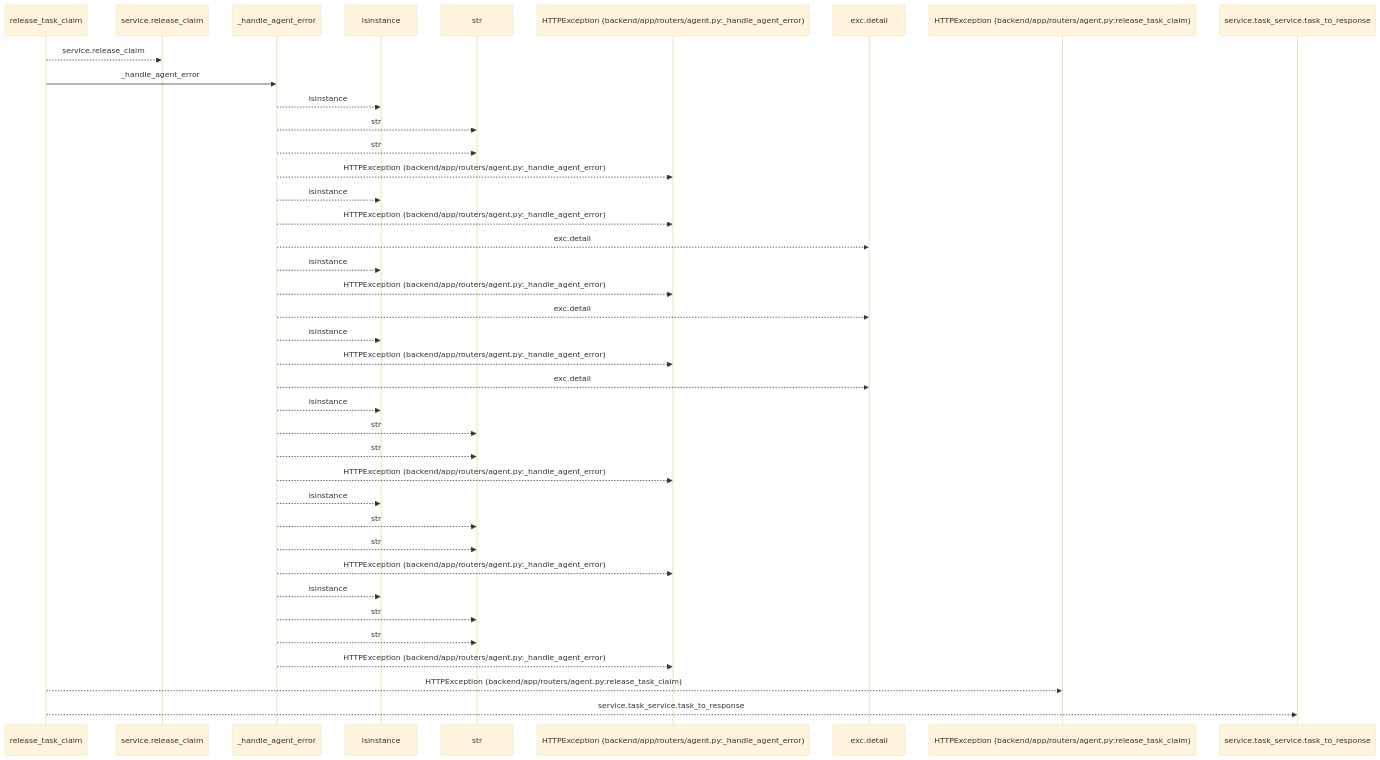
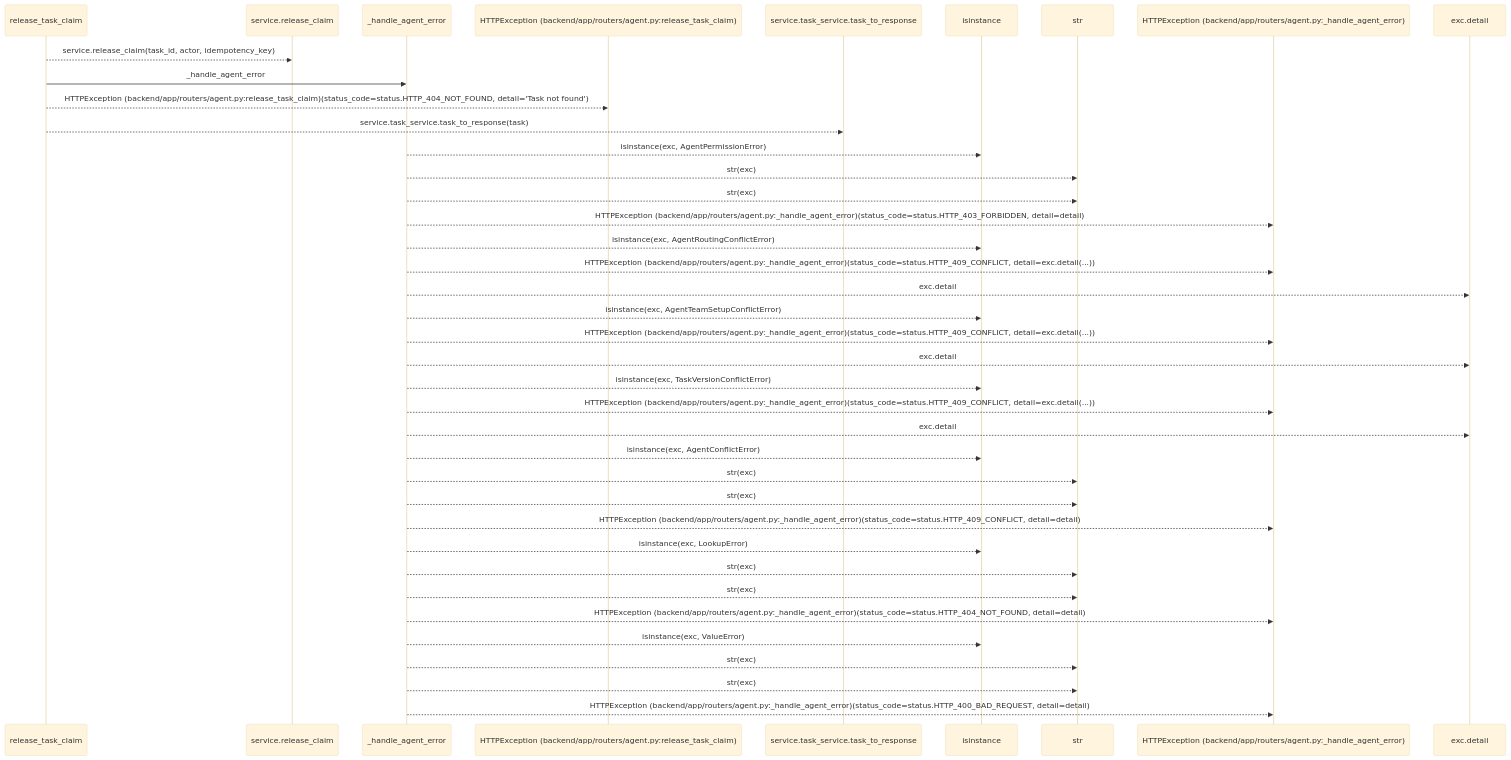
The first of 2 diagrams in docs/llm_wiki/flows/http-release_task_claim.md (Denissvgn/WorkChord), drawn with Mermaid (base theme) before and after one commit. The commit also changed other lines of this file and 25171 other files, not shown here.

````diff
--- a/docs/llm_wiki/flows/http-release_task_claim.md
+++ b/docs/llm_wiki/flows/http-release_task_claim.md
@@ -10,41 +12,41 @@
 ```mermaid
 sequenceDiagram
     participant p0 as release_task_claim
     participant p1 as service.release_claim
     participant p2 as _handle_agent_error
-    participant p3 as isinstance
-    participant p4 as str
-    participant p5 as HTTPException (backend/app/routers/agent.py:_handle_agent_error)
-    participant p6 as exc.detail
-    participant p7 as HTTPException (backend/app/routers/agent.py:release_task_claim)
-    participant p8 as service.task_service.task_to_response
-    p0-->>p1: service.release_claim
+    participant p3 as HTTPException (backend/app/routers/agent.py:release_task_claim)
+    participant p4 as service.task_service.task_to_response
+    participant p5 as isinstance
+    participant p6 as str
+    participant p7 as HTTPException (backend/app/routers/agent.py:_handle_agent_error)
+    participant p8 as exc.detail
+    p0-->>p1: service.release_claim(task_id, actor, idempotency_key)
     p0->>p2: _handle_agent_error
-    p2-->>p3: isinstance
-    p2-->>p4: str
-    p2-->>p4: str
-    p2-->>p5: HTTPException (backend/app/routers/agent.py:_handle_agent_error)
-    p2-->>p3: isinstance
-    p2-->>p5: HTTPException (backend/app/routers/agent.py:_handle_agent_error)
-    p2-->>p6: exc.detail
-    p2-->>p3: isinstance
-    p2-->>p5: HTTPException (backend/app/routers/agent.py:_handle_agent_error)
-    p2-->>p6: exc.detail
-    p2-->>p3: isinstance
-    p2-->>p5: HTTPException (backend/app/routers/agent.py:_handle_agent_error)
-    p2-->>p6: exc.detail
-    p2-->>p3: isinstance
-    p2-->>p4: str
-    p2-->>p4: str
-    p2-->>p5: HTTPException (backend/app/routers/agent.py:_handle_agent_error)
-    p2-->>p3: isinstance
-    p2-->>p4: str
-    p2-->>p4: str
-    p2-->>p5: HTTPException (backend/app/routers/agent.py:_handle_agent_error)
-    p2-->>p3: isinstance
-    p2-->>p4: str
-    p2-->>p4: str
-    p2-->>p5: HTTPException (backend/app/routers/agent.py:_handle_agent_error)
-    p0-->>p7: HTTPException (backend/app/routers/agent.py:release_task_claim)
-    p0-->>p8: service.task_service.task_to_response
+    p0-->>p3: HTTPException (backend/app/routers/agent.py:release_task_claim)(status_code=status.HTTP_404_NOT_FOUND, detail='Task not found')
+    p0-->>p4: service.task_service.task_to_response(task)
+    p2-->>p5: isinstance(exc, AgentPermissionError)
+    p2-->>p6: str(exc)
+    p2-->>p6: str(exc)
+    p2-->>p7: HTTPException (backend/app/routers/agent.py:_handle_agent_error)(status_code=status.HTTP_403_FORBIDDEN, detail=detail)
+    p2-->>p5: isinstance(exc, AgentRoutingConflictError)
+    p2-->>p7: HTTPException (backend/app/routers/agent.py:_handle_agent_error)(status_code=status.HTTP_409_CONFLICT, detail=exc.detail(...))
+    p2-->>p8: exc.detail
+    p2-->>p5: isinstance(exc, AgentTeamSetupConflictError)
+    p2-->>p7: HTTPException (backend/app/routers/agent.py:_handle_agent_error)(status_code=status.HTTP_409_CONFLICT, detail=exc.detail(...))
+    p2-->>p8: exc.detail
+    p2-->>p5: isinstance(exc, TaskVersionConflictError)
+    p2-->>p7: HTTPException (backend/app/routers/agent.py:_handle_agent_error)(status_code=status.HTTP_409_CONFLICT, detail=exc.detail(...))
+    p2-->>p8: exc.detail
+    p2-->>p5: isinstance(exc, AgentConflictError)
+    p2-->>p6: str(exc)
+    p2-->>p6: str(exc)
+    p2-->>p7: HTTPException (backend/app/routers/agent.py:_handle_agent_error)(status_code=status.HTTP_409_CONFLICT, detail=detail)
+    p2-->>p5: isinstance(exc, LookupError)
+    p2-->>p6: str(exc)
+    p2-->>p6: str(exc)
+    p2-->>p7: HTTPException (backend/app/routers/agent.py:_handle_agent_error)(status_code=status.HTTP_404_NOT_FOUND, detail=detail)
+    p2-->>p5: isinstance(exc, ValueError)
+    p2-->>p6: str(exc)
+    p2-->>p6: str(exc)
+    p2-->>p7: HTTPException (backend/app/routers/agent.py:_handle_agent_error)(status_code=status.HTTP_400_BAD_REQUEST, detail=detail)
 ```
````
